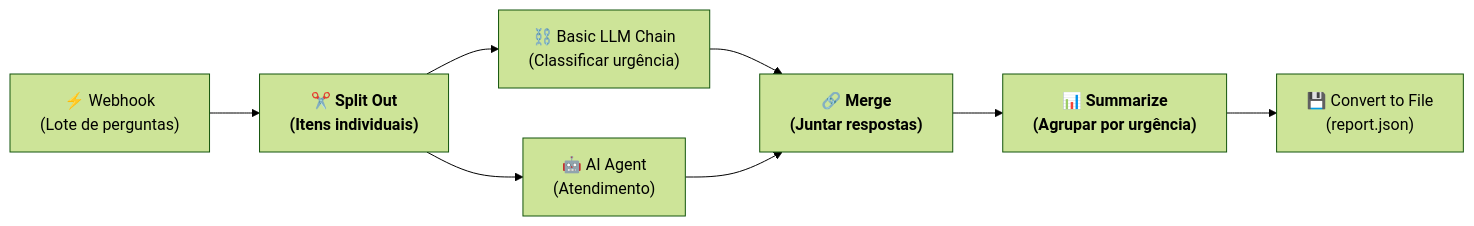
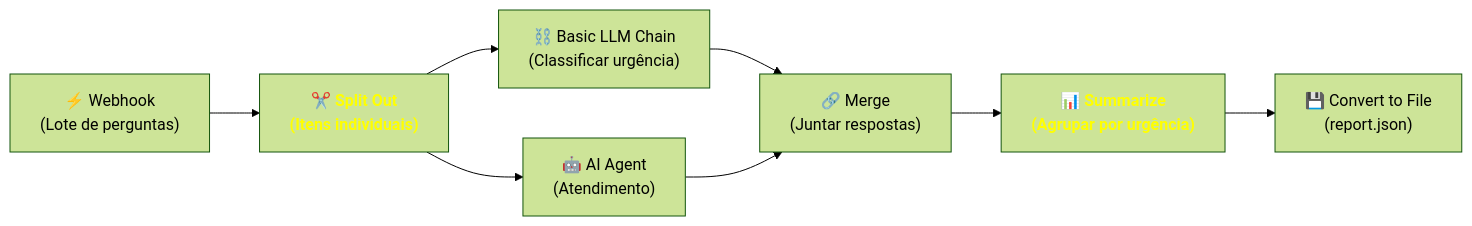
One commit to jcguimaraesnet/course-intelligent-agents changed the diagram in pages/n8n/slide-etapa6.md. Above: the diagram before and after it, drawn with Mermaid (forest theme).

Commit message:
style(n8n): atualizar destaque de nós no diagrama mermaid da etapa 6

````diff
--- a/pages/n8n/slide-etapa6.md
+++ b/pages/n8n/slide-etapa6.md
@@ -21,13 +21,12 @@
 ```mermaid {theme: 'dark'}
 flowchart LR
     A["⚡ Webhook<br/>(Lote de perguntas)"] --> B["✂️ Split Out<br/>(Itens individuais)"]
     B --> C["⛓️ Basic LLM Chain<br/>(Classificar urgência)"]
     B --> E["🤖 AI Agent<br/>(Atendimento)"]
     C --> H["🔗 Merge<br/>(Juntar respostas)"]
     E --> H
     H --> I["📊 Summarize<br/>(Agrupar por urgência)"]
     I --> J["💾 Convert to File<br/>(report.json)"]
-style B fill:stroke:#f59e0b,font-weight:bold
-style H fill:stroke:#f59e0b,font-weight:bold
-style I fill:stroke:#f59e0b,font-weight:bold
+style B fill:stroke:#f59e0b,font-weight:bold,color:yellow
+style I fill:stroke:#f59e0b,font-weight:bold,color:yellow
 ```
````
